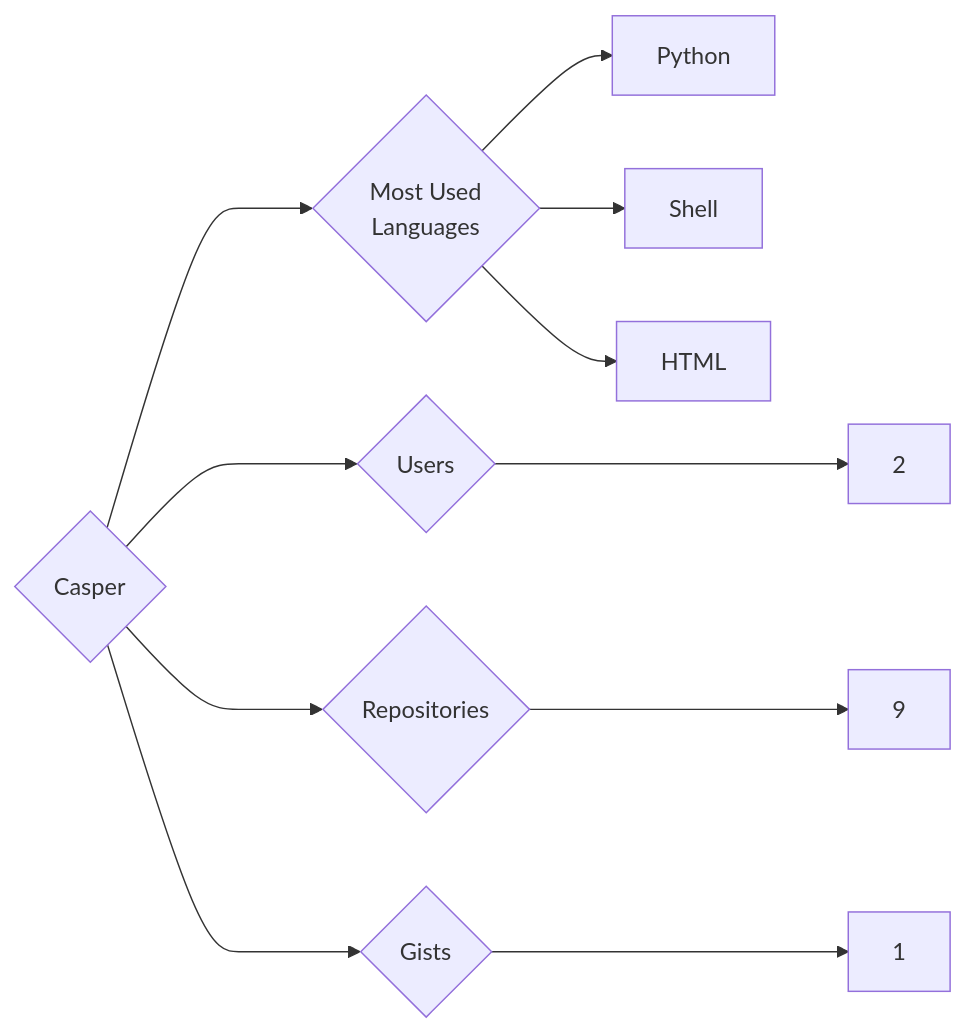
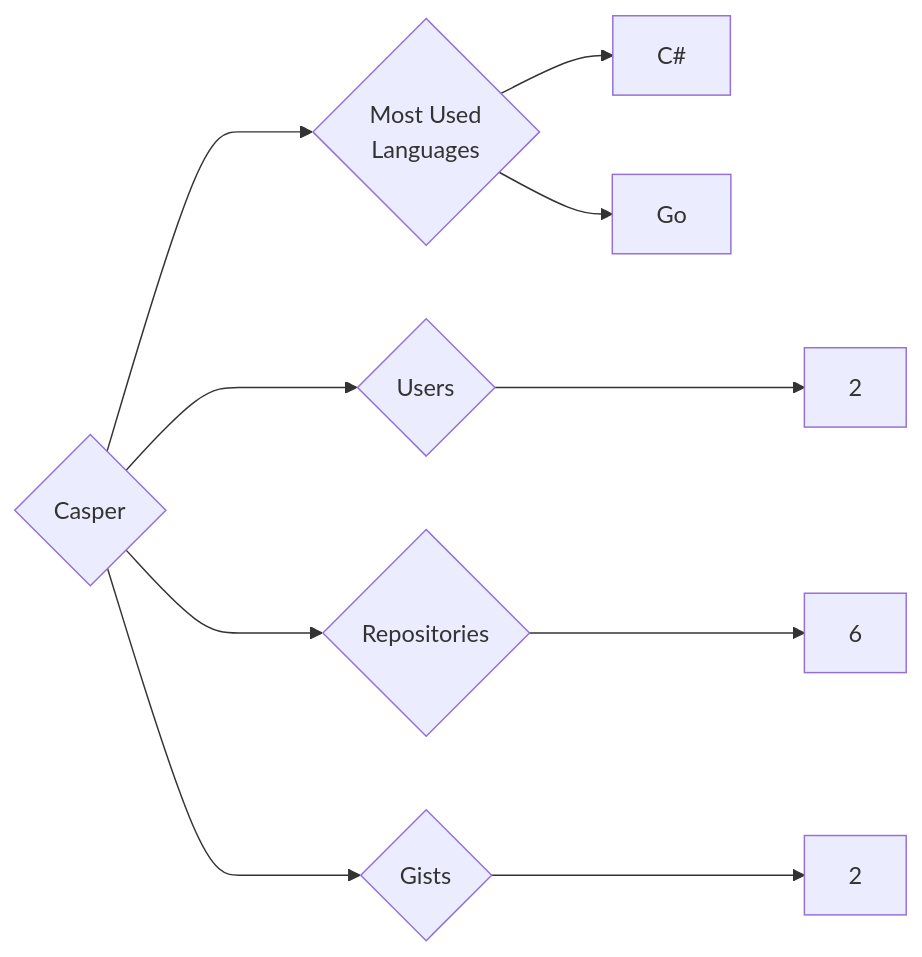
Before and after one commit to trickest/insiders: the diagram in targets/Casper/README.md, drawn with Mermaid. The commit also changed 933 other files, not shown here.

````diff
--- a/targets/Casper/README.md
+++ b/targets/Casper/README.md
@@ -3,11 +3,10 @@
 ```mermaid
 graph LR
 COMPANY_NAME{Casper}
 COMPANY_NAME ---> U{Users} ---> UN[2]
-COMPANY_NAME ---> R{Repositories} ---> RN[9]
-COMPANY_NAME ---> G{Gists} ---> GN[1]
+COMPANY_NAME ---> R{Repositories} ---> RN[6]
+COMPANY_NAME ---> G{Gists} ---> GN[2]
 COMPANY_NAME ---> ML{Most Used<br>Languages}
-ML --> Python[Python]
-ML --> Shell[Shell]
-ML --> HTML[HTML]
+ML --> C#[C#]
+ML --> Go[Go]
 ```
````
